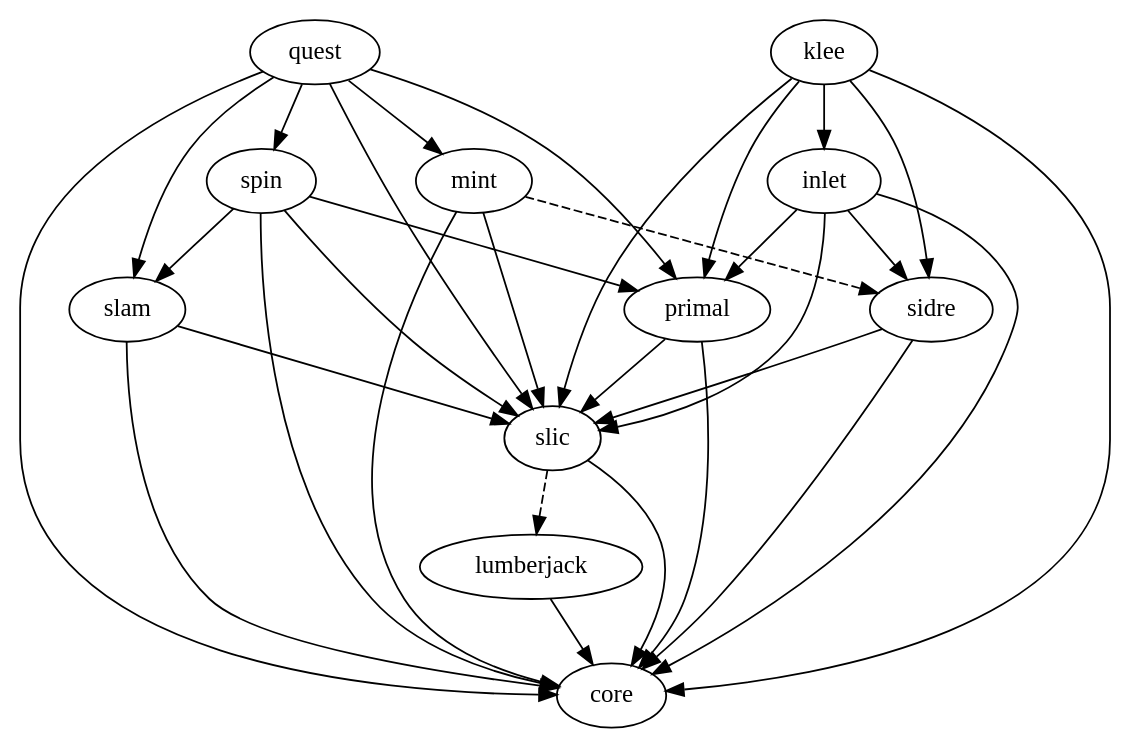
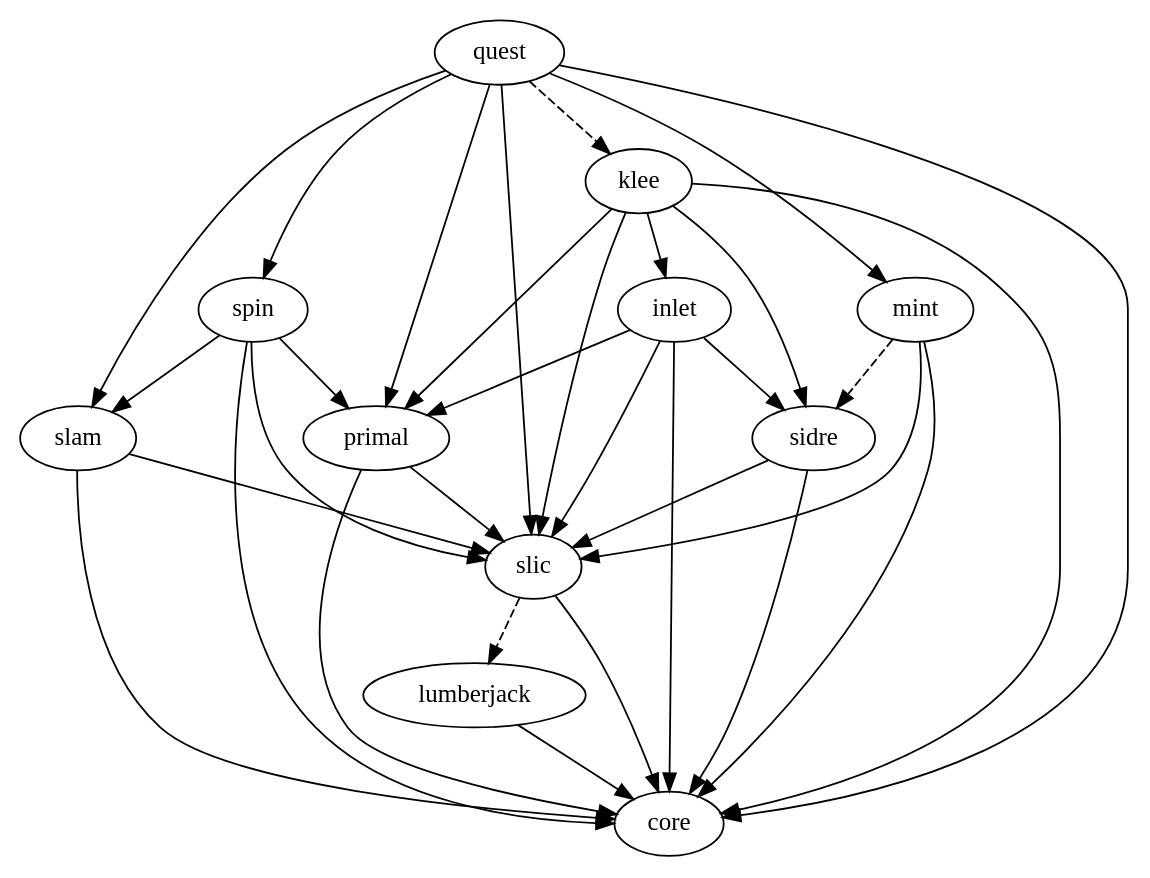
One commit to LLNL/axom changed the diagram in src/docs/dependencies.dot. Above: the diagram before and after it, drawn with Graphviz. The commit also changed 4 other files, not shown here.

```diff
--- a/src/docs/dependencies.dot
+++ b/src/docs/dependencies.dot
@@ -1,12 +1,13 @@
 digraph dependencies {
   quest -> {slam primal mint spin};
+  quest -> klee [style="dashed"];
   {inlet klee mint primal quest slam spin} -> {slic core};
   mint -> sidre [style="dashed"];
   spin -> {slam primal};
   sidre -> {slic core};
   slic -> core;
   slic -> lumberjack [style="dashed"];
   lumberjack -> core;
   inlet -> {sidre primal};
   klee -> {sidre primal inlet};
 }
```
